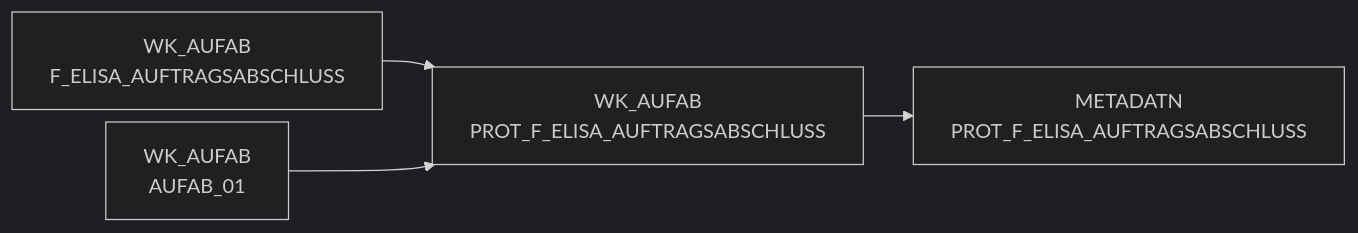
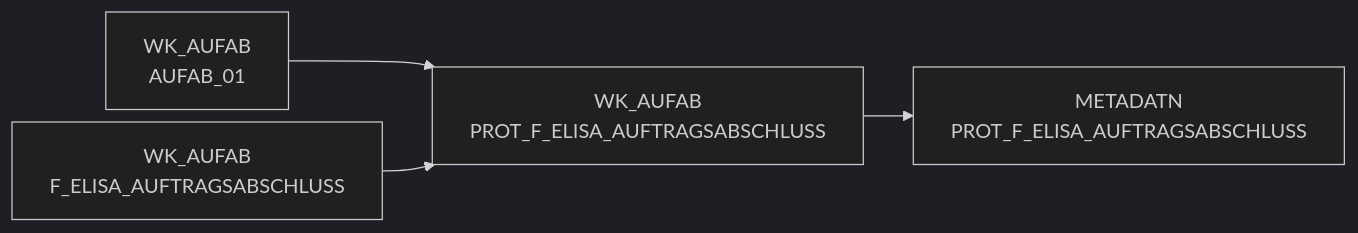
Before and after one commit to integration-factory-de/sas_code_docs: the diagram in docs/Tables/WK_AUFAB/PROT_F_ELISA_AUFTRAGSABSCHLUSS.md, drawn with Mermaid (dark theme). The commit also changed other lines of this file and 129 other files, not shown here.

````diff
--- a/docs/Tables/WK_AUFAB/PROT_F_ELISA_AUFTRAGSABSCHLUSS.md
+++ b/docs/Tables/WK_AUFAB/PROT_F_ELISA_AUFTRAGSABSCHLUSS.md
@@ -9,15 +17,15 @@
 ```mermaid
 %%{init: {'flowchart': { 'nodeSpacing': 10, 'rankSpacing': 40, 'rankdir': 'TB' }}}%%
 
 flowchart LR
 
+  WK_AUFAB.PROT_F_ELISA_AUFTRAGSABSCHLUSS["WK_AUFAB<br/>PROT_F_ELISA_AUFTRAGSABSCHLUSS"] --> METADATN.PROT_F_ELISA_AUFTRAGSABSCHLUSS["METADATN<br/>PROT_F_ELISA_AUFTRAGSABSCHLUSS"]
+  WK_AUFAB.AUFAB_01["WK_AUFAB<br/>AUFAB_01"] --> WK_AUFAB.PROT_F_ELISA_AUFTRAGSABSCHLUSS["WK_AUFAB<br/>PROT_F_ELISA_AUFTRAGSABSCHLUSS"]
   WK_AUFAB.F_ELISA_AUFTRAGSABSCHLUSS["WK_AUFAB<br/>F_ELISA_AUFTRAGSABSCHLUSS"] --> WK_AUFAB.PROT_F_ELISA_AUFTRAGSABSCHLUSS["WK_AUFAB<br/>PROT_F_ELISA_AUFTRAGSABSCHLUSS"]
-  WK_AUFAB.AUFAB_01["WK_AUFAB<br/>AUFAB_01"] --> WK_AUFAB.PROT_F_ELISA_AUFTRAGSABSCHLUSS["WK_AUFAB<br/>PROT_F_ELISA_AUFTRAGSABSCHLUSS"]
-  WK_AUFAB.PROT_F_ELISA_AUFTRAGSABSCHLUSS["WK_AUFAB<br/>PROT_F_ELISA_AUFTRAGSABSCHLUSS"] --> METADATN.PROT_F_ELISA_AUFTRAGSABSCHLUSS["METADATN<br/>PROT_F_ELISA_AUFTRAGSABSCHLUSS"]
+  click WK_AUFAB.PROT_F_ELISA_AUFTRAGSABSCHLUSS "../../tables/WK_AUFAB/PROT_F_ELISA_AUFTRAGSABSCHLUSS"
+  click WK_AUFAB.AUFAB_01 "../../tables/WK_AUFAB/AUFAB_01"
   click WK_AUFAB.F_ELISA_AUFTRAGSABSCHLUSS "../../tables/WK_AUFAB/F_ELISA_AUFTRAGSABSCHLUSS"
-  click WK_AUFAB.AUFAB_01 "../../tables/WK_AUFAB/AUFAB_01"
+  click METADATN.PROT_F_ELISA_AUFTRAGSABSCHLUSS "../../tables/METADATN/PROT_F_ELISA_AUFTRAGSABSCHLUSS"
   click WK_AUFAB.PROT_F_ELISA_AUFTRAGSABSCHLUSS "../../tables/WK_AUFAB/PROT_F_ELISA_AUFTRAGSABSCHLUSS"
   click WK_AUFAB.PROT_F_ELISA_AUFTRAGSABSCHLUSS "../../tables/WK_AUFAB/PROT_F_ELISA_AUFTRAGSABSCHLUSS"
-  click WK_AUFAB.PROT_F_ELISA_AUFTRAGSABSCHLUSS "../../tables/WK_AUFAB/PROT_F_ELISA_AUFTRAGSABSCHLUSS"
-  click METADATN.PROT_F_ELISA_AUFTRAGSABSCHLUSS "../../tables/METADATN/PROT_F_ELISA_AUFTRAGSABSCHLUSS"
 ```
````
